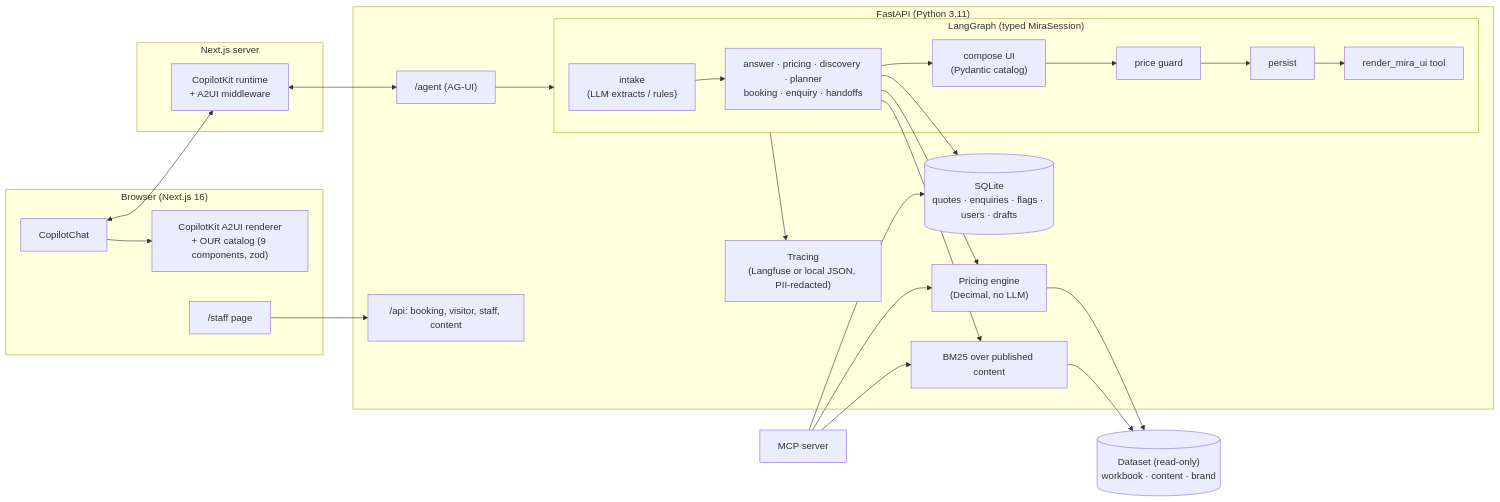
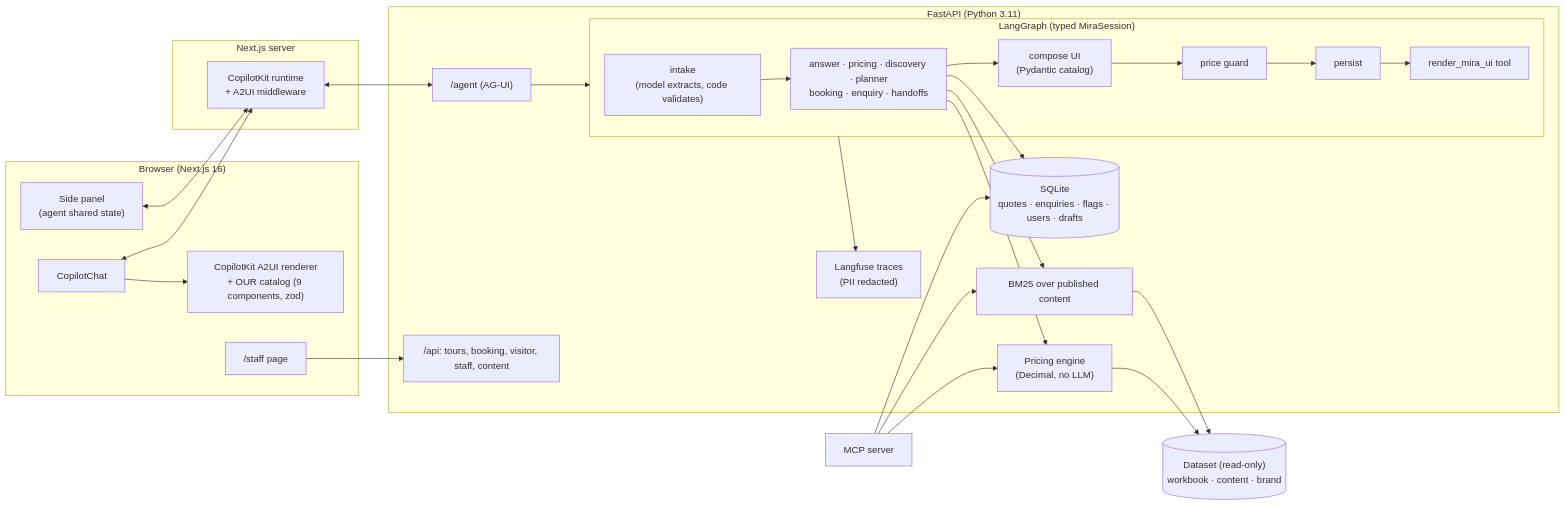
One commit to Shinthurie/mira-travel-assistant changed the diagram in README.md. Above: the diagram before and after it, drawn with Mermaid. The commit also changed other lines of this file and 7 other files, not shown here.

````diff
--- a/README.md
+++ b/README.md
@@ -36,29 +48,31 @@
 ```mermaid
 flowchart LR
     subgraph Browser["Browser (Next.js 16)"]
         Chat["CopilotChat"] --> Renderer["CopilotKit A2UI renderer<br/>+ OUR catalog (9 components, zod)"]
+        Side["Side panel<br/>(agent shared state)"]
         Staff["/staff page"]
     end
     subgraph Runtime["Next.js server"]
         RT["CopilotKit runtime<br/>+ A2UI middleware"]
     end
     subgraph Backend["FastAPI (Python 3.11)"]
         AGUI["/agent (AG-UI)"] --> Graph
-        REST["/api: booking, visitor, staff, content"]
+        REST["/api: tours, booking, visitor, staff, content"]
         subgraph Graph["LangGraph (typed MiraSession)"]
-            Intake["intake<br/>(LLM extracts / rules)"] --> Actions["answer · pricing · discovery · planner<br/>booking · enquiry · handoffs"]
+            Intake["intake<br/>(model extracts, code validates)"] --> Actions["answer · pricing · discovery · planner<br/>booking · enquiry · handoffs"]
             Actions --> Compose["compose UI<br/>(Pydantic catalog)"] --> Guard["price guard"] --> Persist["persist"] --> Render["render_mira_ui tool"]
         end
         Engine["Pricing engine<br/>(Decimal, no LLM)"]
         Search["BM25 over published content"]
         DB[("SQLite<br/>quotes · enquiries · flags · users · drafts")]
-        Trace["Tracing<br/>(Langfuse or local JSON, PII-redacted)"]
+        Trace["Langfuse traces<br/>(PII redacted)"]
     end
     Data[("Dataset (read-only)<br/>workbook · content · brand")]
     Chat <--> RT <--> AGUI
+    Side <--> RT
     Staff --> REST
     Actions --> Engine & Search & DB
     Engine & Search --> Data
     Graph --> Trace
     MCP["MCP server"] --> Engine & Search & DB
 ```
````
